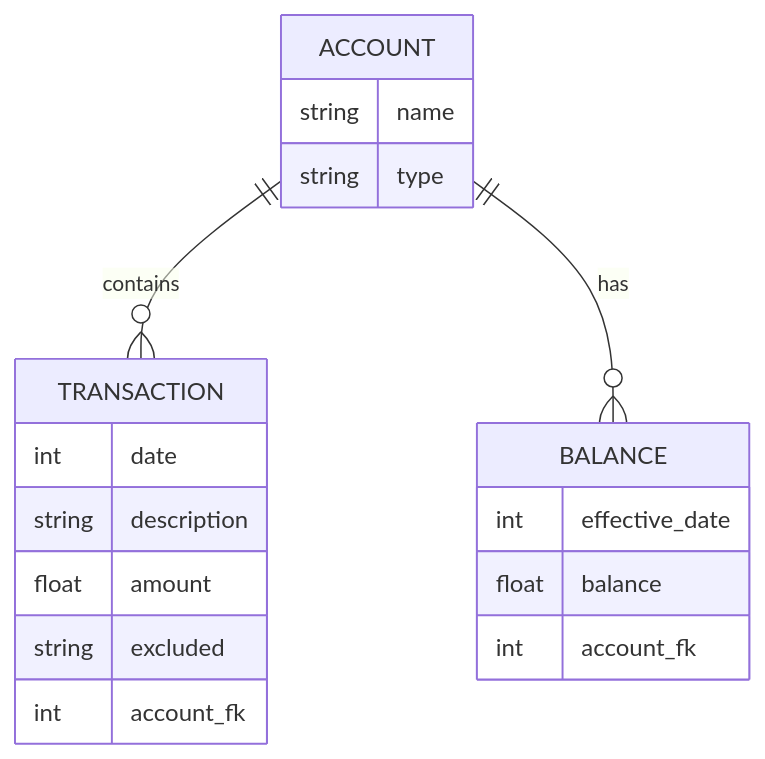
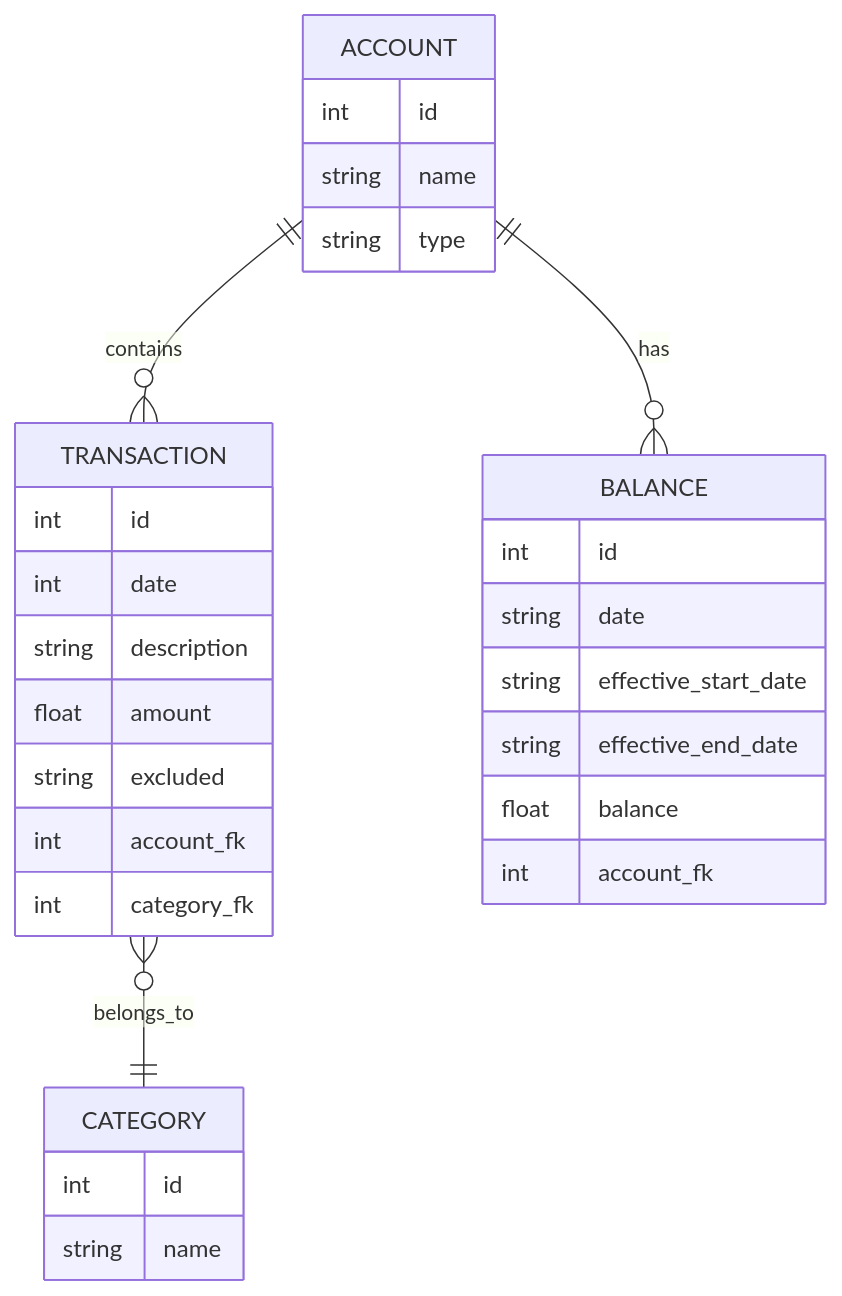
One commit to alexdglover/sage changed the diagram in docs/design.md. Above: the diagram before and after it, drawn with Mermaid. The commit also changed other lines of this file and 3 other files, not shown here.

````diff
--- a/docs/design.md
+++ b/docs/design.md
@@ -26,22 +26,34 @@
 ```mermaid
 erDiagram
     ACCOUNT {
+        int    id
         string name
         string type
     }
-    ACCOUNT ||--o{ TRANSACTION : contains
-    ACCOUNT ||--o{ BALANCE : has
+    CATEGORY {
+        int    id
+        string name
+    }
+    
     TRANSACTION {
+        int id
         int date
         string description
         float amount
         string excluded
         int account_fk
+        int category_fk
     }
     BALANCE {
-        int effective_date
+        int id
+        string date
+        string effective_start_date
+        string effective_end_date
         float balance
         int account_fk
     }
-    
+
+    ACCOUNT ||--o{ TRANSACTION : contains
+    ACCOUNT ||--o{ BALANCE : has
+    TRANSACTION }o--|| CATEGORY : belongs_to
 ```
````
